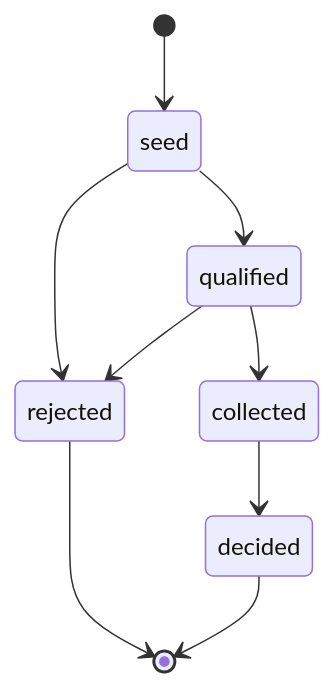
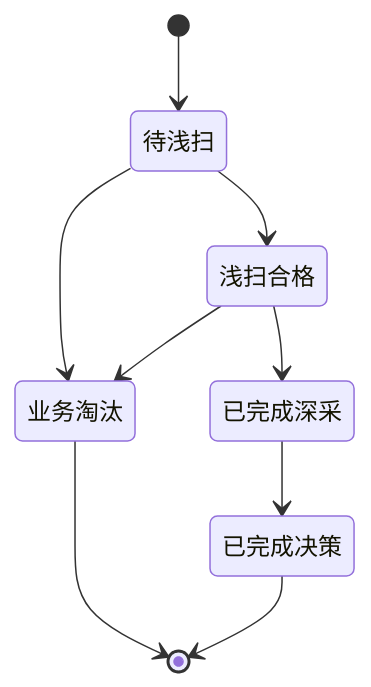
The third of 3 diagrams in README.md (2358841593-cell/ins--collector-ultimate), drawn with Mermaid before and after one commit. The commit also changed other lines of this file and 61 other files, not shown here.

````diff
--- a/README.md
+++ b/README.md
@@ -96,11 +142,16 @@
 ```mermaid
 stateDiagram-v2
+    state "待浅扫" as seed
+    state "浅扫合格" as qualified
+    state "已完成深采" as collected
+    state "已完成决策" as decided
+    state "业务淘汰" as rejected
     [*] --> seed
     seed --> qualified
     seed --> rejected
     qualified --> collected
     qualified --> rejected
     collected --> decided
     rejected --> [*]
     decided --> [*]
 ```
````
